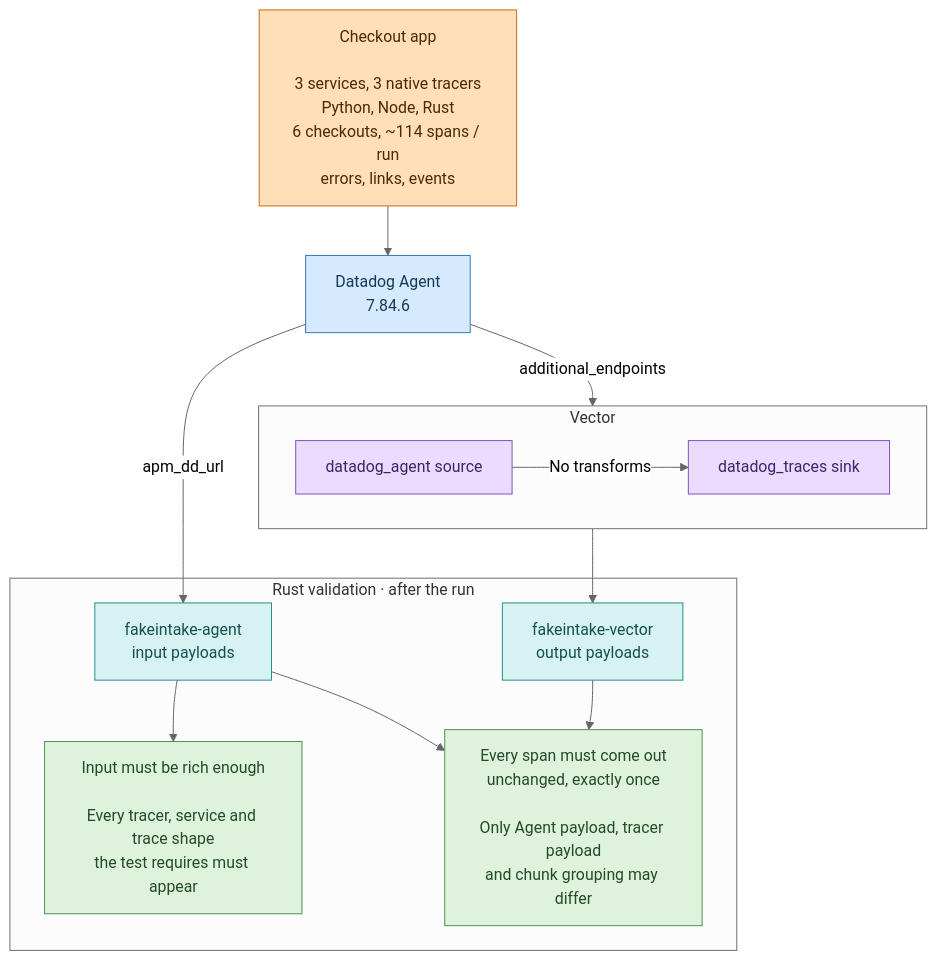
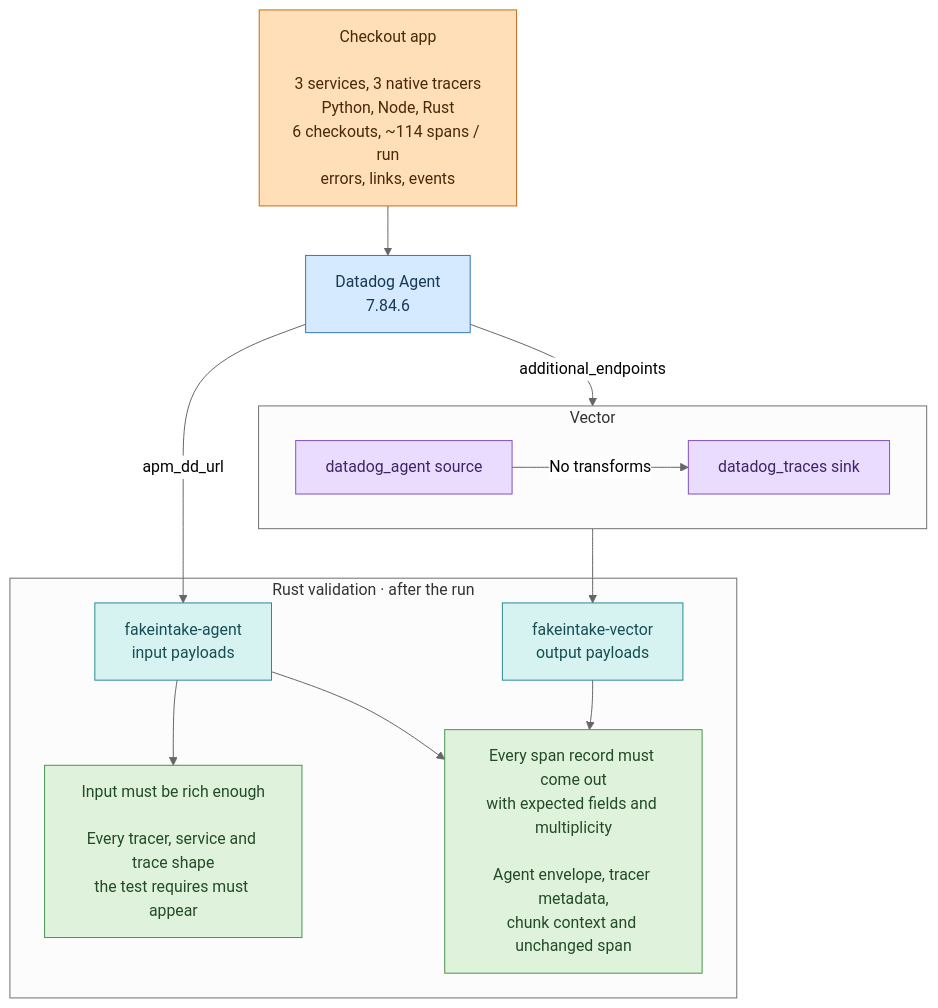
One commit to vectordotdev/vector changed the diagram in tests/e2e/datadog-traces/README.md. Above: the diagram before and after it, drawn with Mermaid (neutral theme). The commit also changed other lines of this file and 1 other file, not shown here.

````diff
--- a/tests/e2e/datadog-traces/README.md
+++ b/tests/e2e/datadog-traces/README.md
@@ -12,30 +13,30 @@
 ```mermaid
 flowchart TB
     app["Checkout app<br/><br/>3 services, 3 native tracers<br/>Python, Node, Rust<br/>6 checkouts, ~114 spans / run<br/>errors, links, events"] --> agent["Datadog Agent<br/>7.84.6"]
     agent -->|"apm_dd_url"| input
     agent -->|"additional_endpoints"| vector
     subgraph vector["Vector"]
         source["datadog_agent source"] -->|"No transforms"| sink["datadog_traces sink"]
     end
     vector --> output
     subgraph validation["Rust validation · after the run"]
         input["fakeintake-agent<br/>input payloads"]
         output["fakeintake-vector<br/>output payloads"]
         coverage["Input must be rich enough<br/><br/>Every tracer, service and trace shape<br/>the test requires must appear"]
-        preservation["Every span must come out<br/>unchanged, exactly once<br/><br/>Only Agent payload, tracer payload<br/>and chunk grouping may differ"]
+        preservation["Every span record must come out<br/>with expected fields and multiplicity<br/><br/>Agent envelope, tracer metadata,<br/>chunk context and unchanged span"]
     end
     input --> coverage
     input --> preservation
     output --> preservation
 
     classDef app fill:#ffdfb8,stroke:#c76b15,color:#482909
     classDef agentNode fill:#d5eaff,stroke:#3377b5,color:#173956
     classDef vectorNode fill:#e9dcff,stroke:#8050c2,color:#402466
     classDef capture fill:#d6f3f2,stroke:#248c91,color:#164e52
     classDef check fill:#dff2db,stroke:#4d9251,color:#234b27
     class app app
     class agent agentNode
     class source,sink vectorNode
     class input,output capture
     class coverage,preservation check
 ```
````
